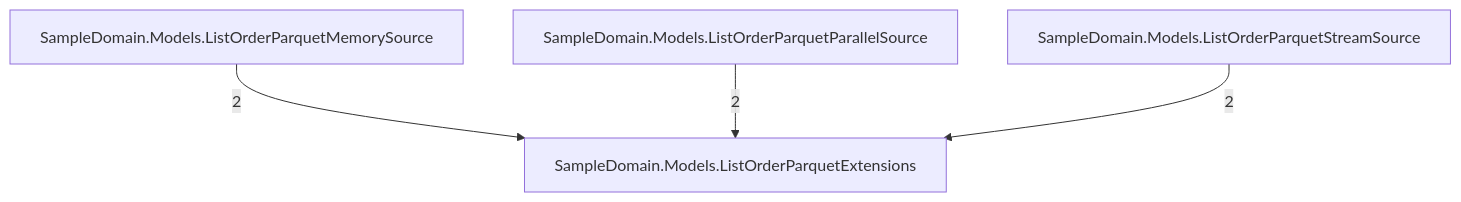
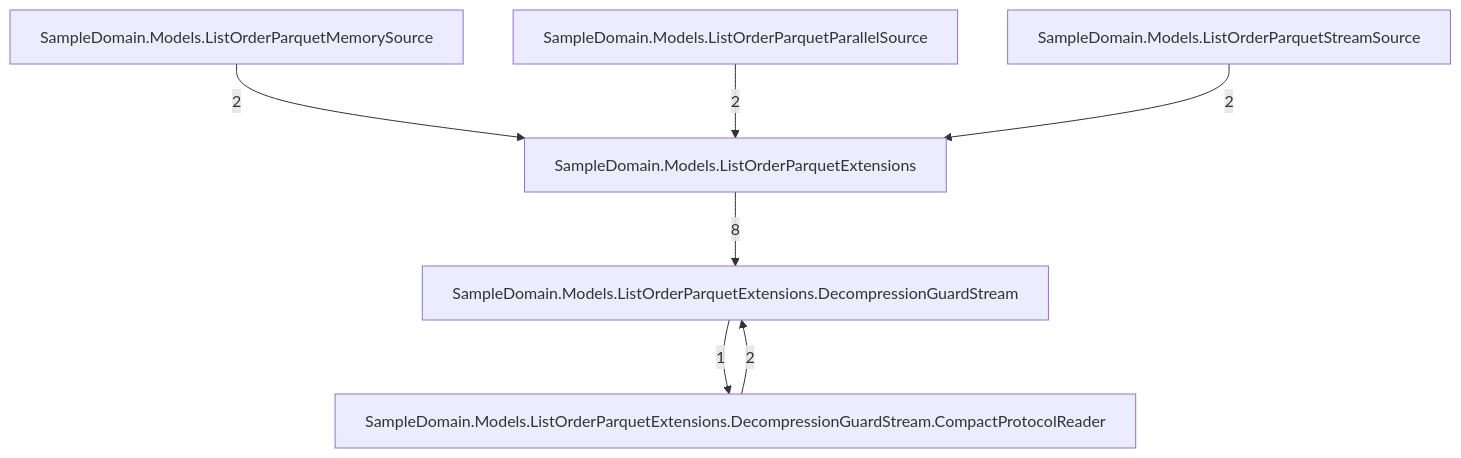
One commit to rtkelly13/Parquet.SourceGenerator changed the second of 7 diagrams in docs/callgraph-generated.md. Above: the diagram before and after it, drawn with Mermaid. The commit also changed other lines of this file and 32 other files, not shown here.

````diff
--- a/docs/callgraph-generated.md
+++ b/docs/callgraph-generated.md
@@ -19,10 +24,15 @@
 ```mermaid
 graph TD
     tsampledomainmodelslistorderparquetextensions_046["SampleDomain.Models.ListOrderParquetExtensions"]
+    tsampledomainmodelslistorderparquetextensionsdecompressionguardstream_071["SampleDomain.Models.ListOrderParquetExtensions.DecompressionGuardStream"]
+    tsampledomainmodelslistorderparquetextensionsdecompressionguardstreamcompactprotocolreader_093["SampleDomain.Models.ListOrderParquetExtensions.DecompressionGuardStream.CompactProtocolReader"]
     tsampledomainmodelslistorderparquetmemorysource_048["SampleDomain.Models.ListOrderParquetMemorySource"]
     tsampledomainmodelslistorderparquetparallelsource_050["SampleDomain.Models.ListOrderParquetParallelSource"]
     tsampledomainmodelslistorderparquetstreamsource_048["SampleDomain.Models.ListOrderParquetStreamSource"]
+    tsampledomainmodelslistorderparquetextensionsdecompressionguardstreamcompactprotocolreader_093 -->|2| tsampledomainmodelslistorderparquetextensionsdecompressionguardstream_071
+    tsampledomainmodelslistorderparquetextensionsdecompressionguardstream_071 -->|1| tsampledomainmodelslistorderparquetextensionsdecompressionguardstreamcompactprotocolreader_093
+    tsampledomainmodelslistorderparquetextensions_046 -->|8| tsampledomainmodelslistorderparquetextensionsdecompressionguardstream_071
     tsampledomainmodelslistorderparquetmemorysource_048 -->|2| tsampledomainmodelslistorderparquetextensions_046
     tsampledomainmodelslistorderparquetparallelsource_050 -->|2| tsampledomainmodelslistorderparquetextensions_046
     tsampledomainmodelslistorderparquetstreamsource_048 -->|2| tsampledomainmodelslistorderparquetextensions_046
 ```
````
